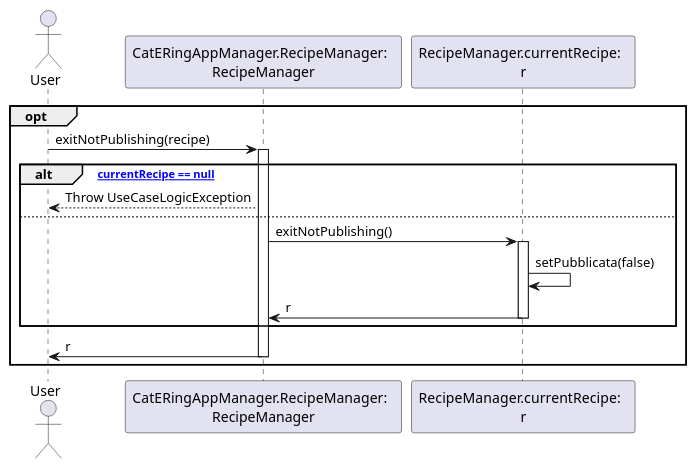
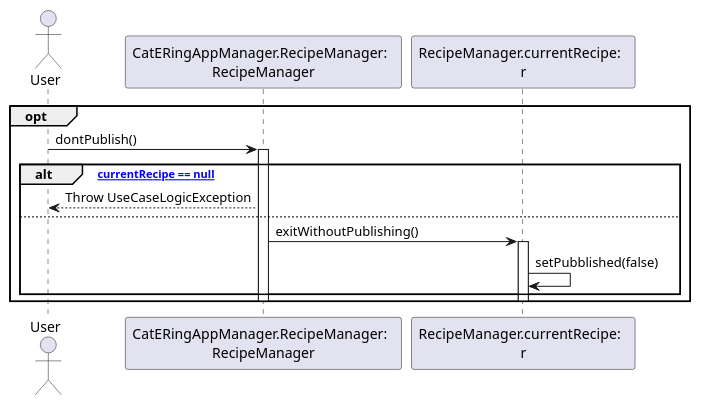
One commit to m0canu1/sas changed the diagram in dsd/dsd-ricette/26b-exitNotPublishing.md. Above: the diagram before and after it, drawn with PlantUML. The commit also changed 7 other files, not shown here.

````diff
--- a/dsd/dsd-ricette/26b-exitNotPublishing.md
+++ b/dsd/dsd-ricette/26b-exitNotPublishing.md
@@ -1,22 +1,20 @@
 ```plantuml
 Actor User
 Participant "CatERingAppManager.RecipeManager:  \nRecipeManager" as RM
 Participant "RecipeManager.currentRecipe:  \nr" as CR
 
 opt
-	User -> RM: exitNotPublishing(recipe)
+	User -> RM: dontPublish()
 	Activate RM
 	alt ["currentRecipe == null"]
 		RM --> User: Throw UseCaseLogicException
 	else 
-		RM -> CR: exitNotPublishing()
+		RM -> CR: exitWithoutPublishing()
 		Activate CR
-		CR -> CR: setPubblicata(false)
-		CR -> RM: r
-		Deactivate CR
+		CR -> CR: setPubblished(false)
 	end
-	RM -> User: r
+	Deactivate CR
 	Deactivate RM
 end
 
 ```
````
